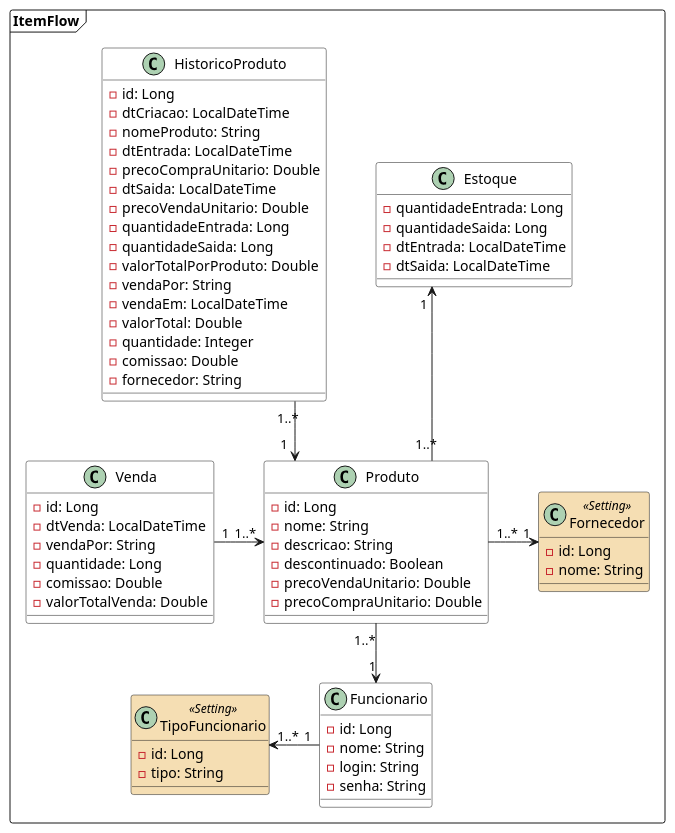
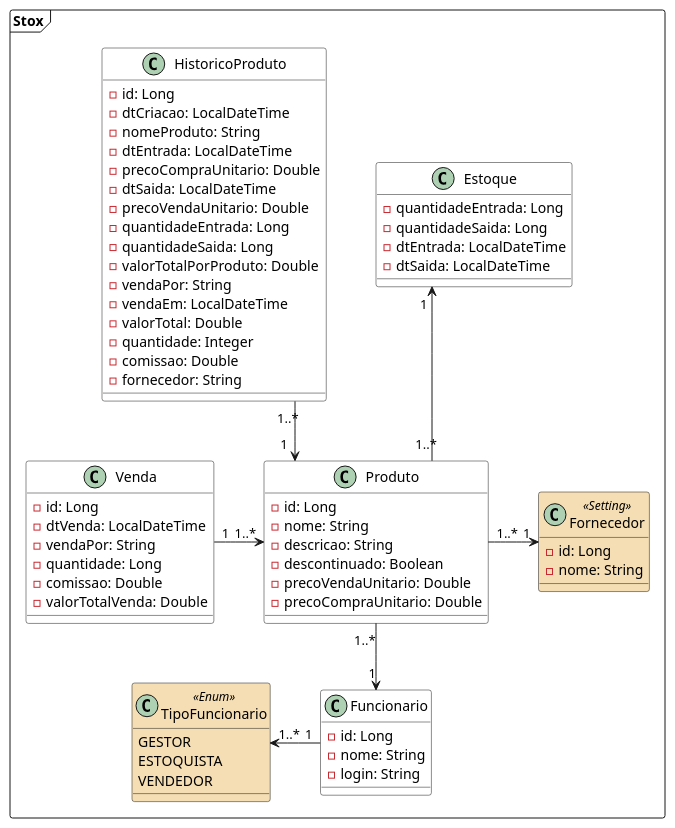
The diagram in src/main/resources/diagramas/class-diagram.puml (lauralves/sistema-stox-spring-boot-angular), drawn with PlantUML before and after one commit. The commit also changed 23 other files, not shown here.

```diff
--- a/src/main/resources/diagramas/class-diagram.puml
+++ b/src/main/resources/diagramas/class-diagram.puml
@@ -1,83 +1,84 @@
 @startuml
 'https://plantuml.com/class-diagram
 
 skinparam defaultFontName Droid Sans
 skinparam linetype ortho
 skinparam nodesep 50
 skinparam class {
     BackgroundColor White
     BackgroundColor<<Setting>> Wheat
+    BackgroundColor<<Enum>> Wheat
 }
 
 set separator none
-package ItemFlow <<Frame>>{
+package Stox <<Frame>>{
     class Produto {
         - id: Long
         - nome: String
         - descricao: String
         - descontinuado: Boolean
         - precoVendaUnitario: Double
         - precoCompraUnitario: Double
 
     }
 
     class Estoque {
          - quantidadeEntrada: Long
          - quantidadeSaida: Long
          - dtEntrada: LocalDateTime
          - dtSaida: LocalDateTime
     }
 
     class Funcionario {
         - id: Long
         - nome: String
         - login: String
-        - senha: String
     }
     class Venda{
         - id: Long
         - dtVenda: LocalDateTime
         - vendaPor: String
         - quantidade: Long
         - comissao: Double
         - valorTotalVenda: Double
     }
 
     class HistoricoProduto {
         - id: Long
         - dtCriacao: LocalDateTime
         - nomeProduto: String
         - dtEntrada: LocalDateTime
         - precoCompraUnitario: Double
         - dtSaida: LocalDateTime
         - precoVendaUnitario: Double
         - quantidadeEntrada: Long
         - quantidadeSaida: Long
         - valorTotalPorProduto: Double
         - vendaPor: String
         - vendaEm: LocalDateTime
         - valorTotal: Double
         - quantidade: Integer
         - comissao: Double
         - fornecedor: String
 
     }
     class Fornecedor <<Setting>>{
         - id: Long
         - nome: String
     }
-    class TipoFuncionario <<Setting>> {
-        - id: Long
-        - tipo: String
+    class TipoFuncionario <<Enum>> {
+        GESTOR
+        ESTOQUISTA
+        VENDEDOR
     }
 
 
 Produto "1..*" --> "1" Funcionario
 Fornecedor "1" <-l- "1..*" Produto
 Funcionario "1" -l-> "1..*" TipoFuncionario
 HistoricoProduto "1..*" --> "1" "Produto"
 Produto "1..*" --u> "1" Estoque
 Venda "1" -r-> "1..*"Produto
 }
 
 @enduml
```
